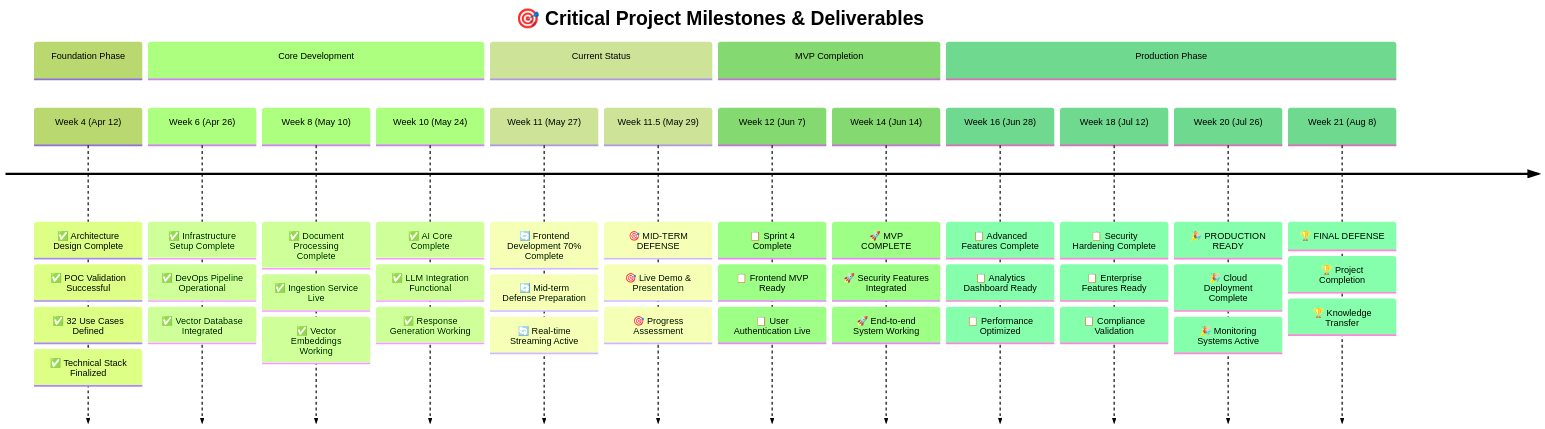
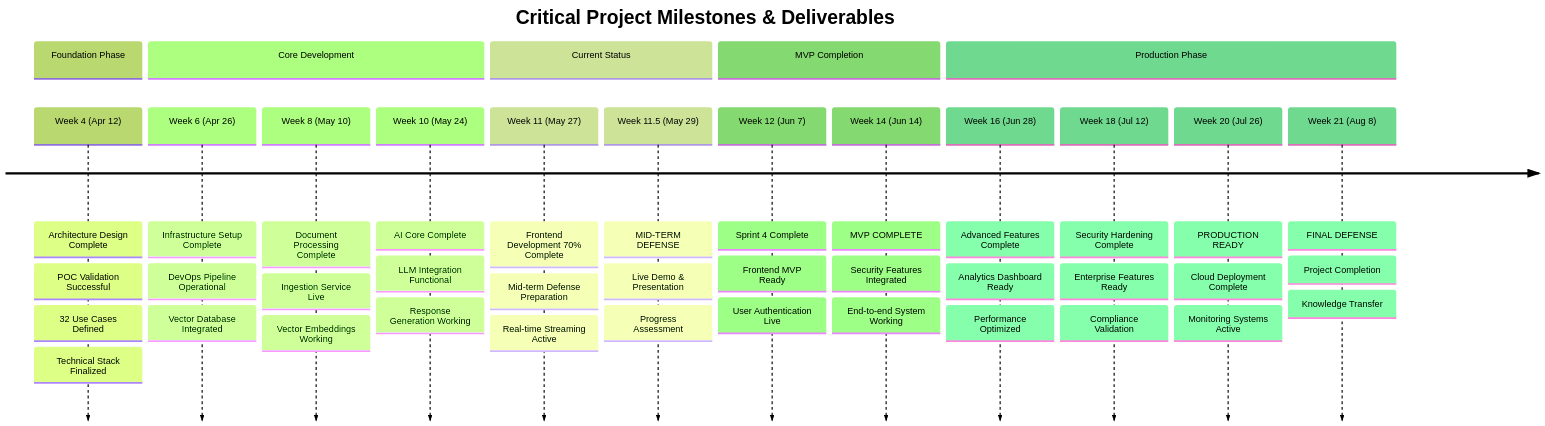
The diagram in PROJECT_ROADMAP.md (AndyForrestC/rag), drawn with Mermaid (forest theme) before and after one commit. The commit also changed 13 other files, not shown here.

````diff
--- a/PROJECT_ROADMAP.md
+++ b/PROJECT_ROADMAP.md
@@ -57,58 +57,58 @@
 ```mermaid
 timeline
-    title 🎯 Critical Project Milestones & Deliverables
+    title Critical Project Milestones & Deliverables
     
     section Foundation Phase
-        Week 4 (Apr 12) : ✅ Architecture Design Complete
-                        : ✅ POC Validation Successful  
-                        : ✅ 32 Use Cases Defined
-                        : ✅ Technical Stack Finalized
+        Week 4 (Apr 12) :  Architecture Design Complete
+                        :  POC Validation Successful  
+                        :  32 Use Cases Defined
+                        :  Technical Stack Finalized
     
     section Core Development
-        Week 6 (Apr 26) : ✅ Infrastructure Setup Complete
-                        : ✅ DevOps Pipeline Operational
-                        : ✅ Vector Database Integrated
+        Week 6 (Apr 26) :  Infrastructure Setup Complete
+                        :  DevOps Pipeline Operational
+                        :  Vector Database Integrated
         
-        Week 8 (May 10) : ✅ Document Processing Complete
-                        : ✅ Ingestion Service Live
-                        : ✅ Vector Embeddings Working
+        Week 8 (May 10) :  Document Processing Complete
+                        :  Ingestion Service Live
+                        :  Vector Embeddings Working
         
-        Week 10 (May 24) : ✅ AI Core Complete
-                         : ✅ LLM Integration Functional
-                         : ✅ Response Generation Working
+        Week 10 (May 24) :  AI Core Complete
+                         :  LLM Integration Functional
+                         :  Response Generation Working
     
     section Current Status
-        Week 11 (May 27) : 🔄 Frontend Development 70% Complete
-                         : 🔄 Mid-term Defense Preparation
-                         : 🔄 Real-time Streaming Active
+        Week 11 (May 27) :  Frontend Development 70% Complete
+                         :  Mid-term Defense Preparation
+                         :  Real-time Streaming Active
         
-        Week 11.5 (May 29) : 🎯 MID-TERM DEFENSE
-                           : 🎯 Live Demo & Presentation
-                           : 🎯 Progress Assessment
+        Week 11.5 (May 29) :  MID-TERM DEFENSE
+                           :  Live Demo & Presentation
+                           :  Progress Assessment
     
     section MVP Completion
-        Week 12 (Jun 7) : 📋 Sprint 4 Complete
-                        : 📋 Frontend MVP Ready
-                        : 📋 User Authentication Live
+        Week 12 (Jun 7) :  Sprint 4 Complete
+                        :  Frontend MVP Ready
+                        :  User Authentication Live
         
-        Week 14 (Jun 14) : 🚀 MVP COMPLETE
-                         : 🚀 Security Features Integrated
-                         : 🚀 End-to-end System Working
+        Week 14 (Jun 14) :  MVP COMPLETE
+                         :  Security Features Integrated
+                         :  End-to-end System Working
     
     section Production Phase
-        Week 16 (Jun 28) : 📋 Advanced Features Complete
-                         : 📋 Analytics Dashboard Ready
-                         : 📋 Performance Optimized
+        Week 16 (Jun 28) :  Advanced Features Complete
+                         :  Analytics Dashboard Ready
+                         :  Performance Optimized
         
-        Week 18 (Jul 12) : 📋 Security Hardening Complete
-                         : 📋 Enterprise Features Ready
-                         : 📋 Compliance Validation
+        Week 18 (Jul 12) :  Security Hardening Complete
+                         :  Enterprise Features Ready
+                         :  Compliance Validation
         
-        Week 20 (Jul 26) : 🎉 PRODUCTION READY
-                         : 🎉 Cloud Deployment Complete
-                         : 🎉 Monitoring Systems Active
+        Week 20 (Jul 26) :  PRODUCTION READY
+                         :  Cloud Deployment Complete
+                         :  Monitoring Systems Active
         
-        Week 21 (Aug 8) : 🏆 FINAL DEFENSE
-                        : 🏆 Project Completion
-                        : 🏆 Knowledge Transfer
+        Week 21 (Aug 8) :  FINAL DEFENSE
+                        :  Project Completion
+                        :  Knowledge Transfer
 ```
````
